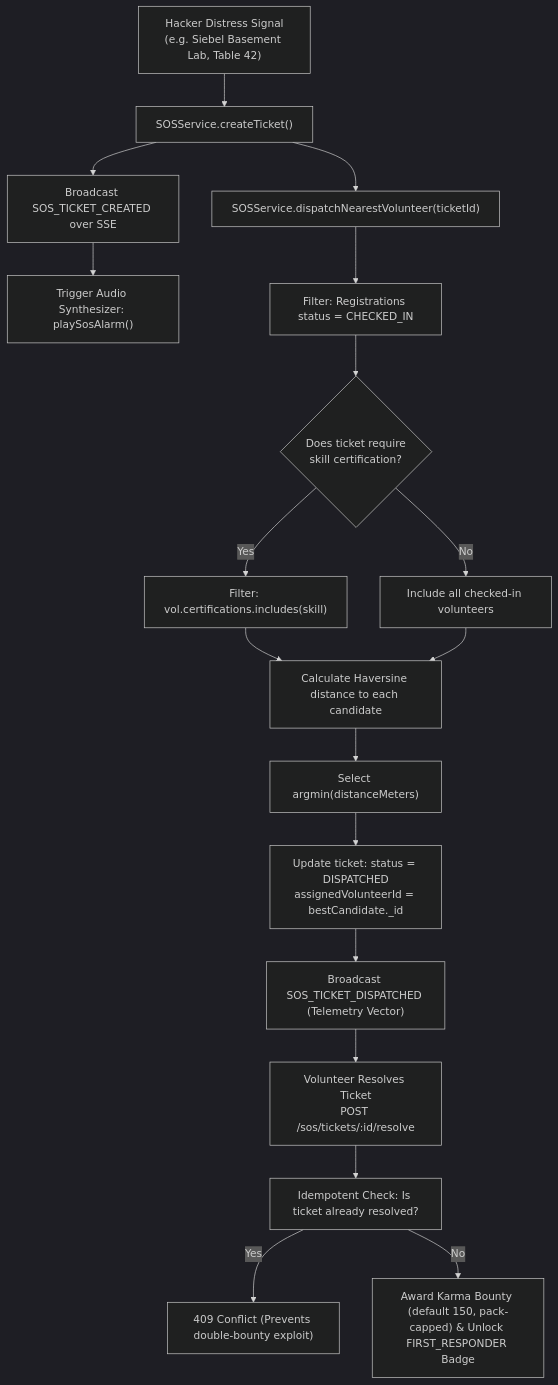
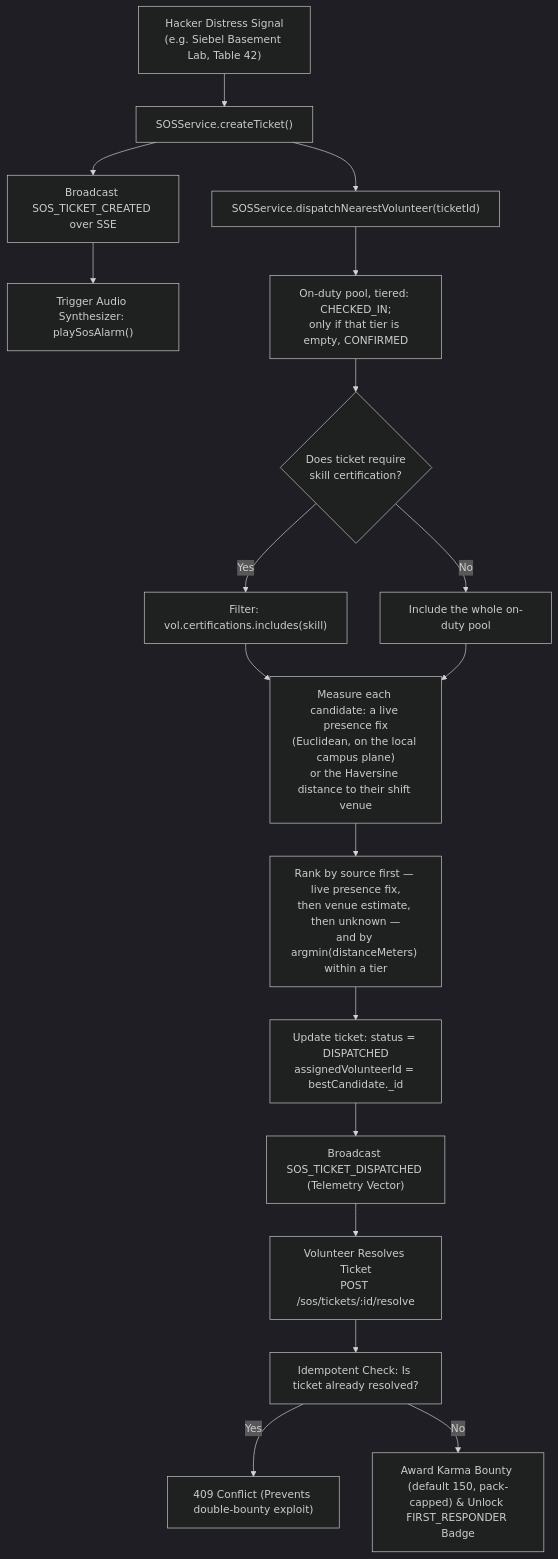
Before and after one commit to aritroBh/HackIllinois-2027-Systems-Coding-Challenge: the seventh of 10 diagrams in ARCHITECTURE.md, drawn with Mermaid (dark theme). The commit also changed other lines of this file and 89 other files, not shown here.

````diff
--- a/ARCHITECTURE.md
+++ b/ARCHITECTURE.md
@@ -487,22 +491,22 @@
 ```mermaid
 flowchart TD
     A["Hacker Distress Signal<br/>(e.g. Siebel Basement Lab, Table 42)"] --> B["SOSService.createTicket()"]
     B --> C["Broadcast SOS_TICKET_CREATED over SSE"]
     C --> D["Trigger Audio Synthesizer: playSosAlarm()"]
     
     B --> E["SOSService.dispatchNearestVolunteer(ticketId)"]
-    E --> F["Filter: Registrations status = CHECKED_IN"]
+    E --> F["On-duty pool, tiered: CHECKED_IN;<br/>only if that tier is empty, CONFIRMED"]
     F --> G{"Does ticket require<br/>skill certification?"}
     G -->|Yes| H["Filter: vol.certifications.includes(skill)"]
-    G -->|No| I["Include all checked-in volunteers"]
+    G -->|No| I["Include the whole on-duty pool"]
     
-    H --> J["Calculate Haversine distance to each candidate"]
+    H --> J["Measure each candidate: a live presence fix<br/>(Euclidean, on the local campus plane)<br/>or the Haversine distance to their shift venue"]
     I --> J
-    J --> K["Select argmin(distanceMeters)"]
+    J --> K["Rank by source first — live presence fix,<br/>then venue estimate, then unknown —<br/>and by argmin(distanceMeters) within a tier"]
     K --> L["Update ticket: status = DISPATCHED<br/>assignedVolunteerId = bestCandidate._id"]
     L --> M["Broadcast SOS_TICKET_DISPATCHED (Telemetry Vector)"]
     M --> N["Volunteer Resolves Ticket<br/>POST /sos/tickets/:id/resolve"]
     N --> O["Idempotent Check: Is ticket already resolved?"]
     O -->|Yes| P["409 Conflict (Prevents double-bounty exploit)"]
     O -->|No| Q["Award Karma Bounty (default 150, pack-capped) & Unlock FIRST_RESPONDER Badge"]
 ```
````
